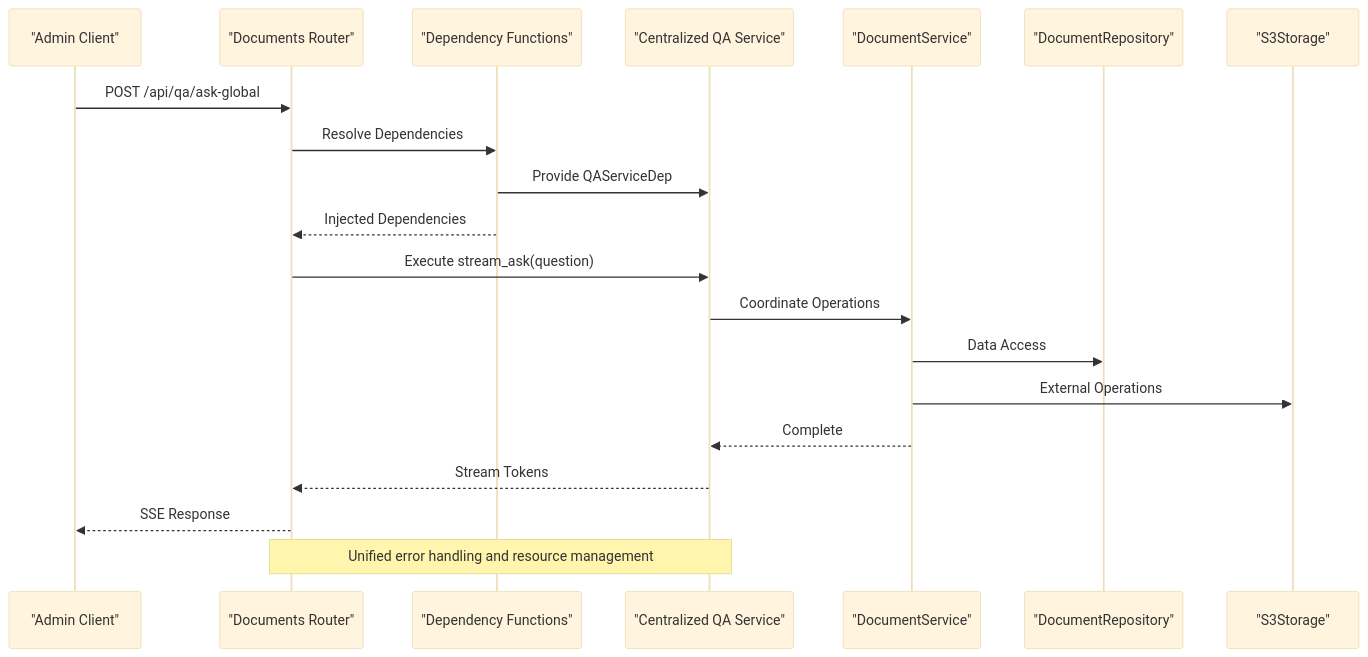
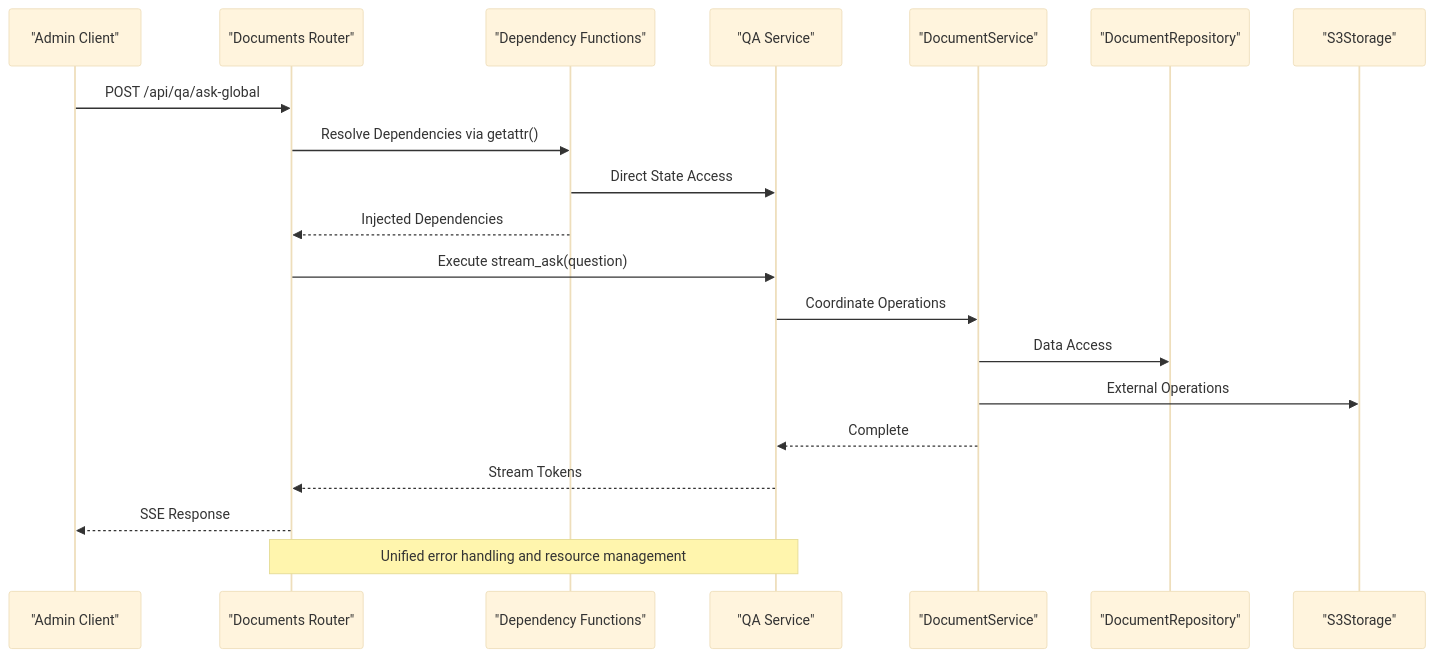
The sixth of 8 diagrams in .qoder/repowiki/en/content/API Reference/Dependency Injection System.md (ognelis/cafetera_hr_bot), drawn with Mermaid (base theme) before and after one commit. The commit also changed other lines of this file and 20 other files, not shown here.

````diff
--- a/.qoder/repowiki/en/content/API Reference/Dependency Injection System.md
+++ b/.qoder/repowiki/en/content/API Reference/Dependency Injection System.md
@@ -375,22 +371,22 @@
 ```mermaid
 sequenceDiagram
 participant Client as "Admin Client"
 participant Router as "Documents Router"
 participant Deps as "Dependency Functions"
-participant QAService as "Centralized QA Service"
+participant QAService as "QA Service"
 participant Service as "DocumentService"
 participant Repo as "DocumentRepository"
 participant S3 as "S3Storage"
 Client->>Router : POST /api/qa/ask-global
-Router->>Deps : Resolve Dependencies
-Deps->>QAService : Provide QAServiceDep
+Router->>Deps : Resolve Dependencies via getattr()
+Deps->>QAService : Direct State Access
 Deps-->>Router : Injected Dependencies
 Router->>QAService : Execute stream_ask(question)
 QAService->>Service : Coordinate Operations
 Service->>Repo : Data Access
 Service->>S3 : External Operations
 Service-->>QAService : Complete
 QAService-->>Router : Stream Tokens
 Router-->>Client : SSE Response
 Note over Router,QAService : Unified error handling and resource management
 ```
````
